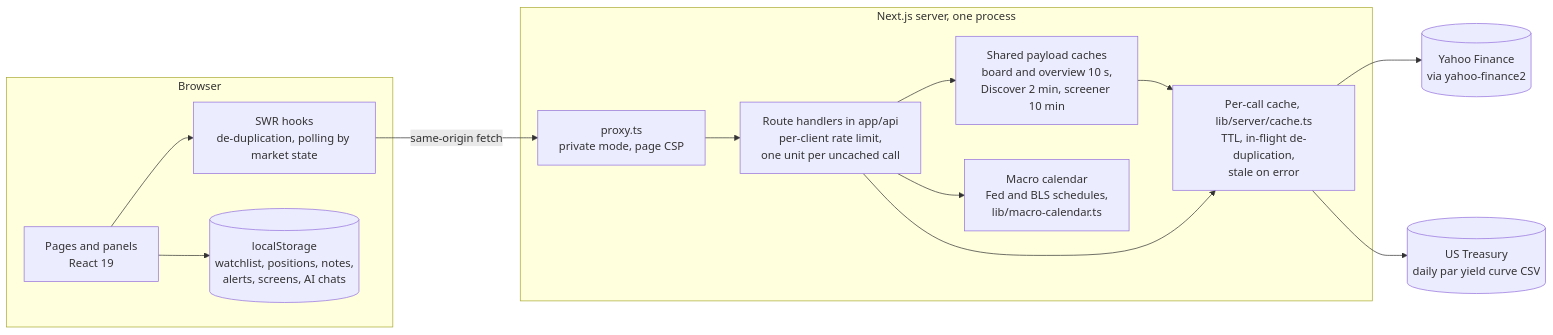
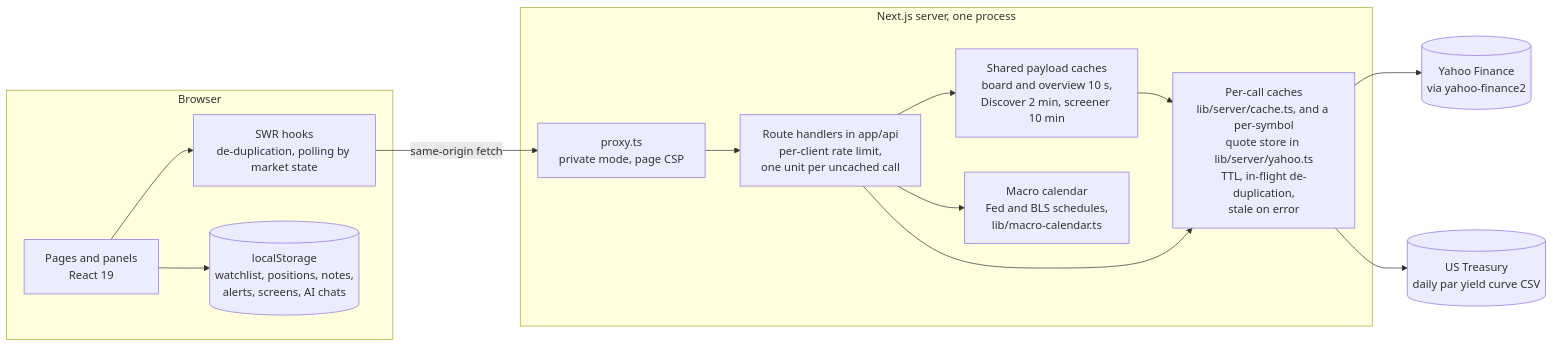
The first of 3 diagrams in README.md (DestRoyOvO/invest-app), drawn with Mermaid before and after one commit. The commit also changed other lines of this file and 2 other files, not shown here.

````diff
--- a/README.md
+++ b/README.md
@@ -143,27 +143,27 @@
 ```mermaid
 flowchart LR
   subgraph browser["Browser"]
     pages["Pages and panels<br/>React 19"]
     swr["SWR hooks<br/>de-duplication, polling by market state"]
     local[("localStorage<br/>watchlist, positions, notes,<br/>alerts, screens, AI chats")]
     pages --> swr
     pages --> local
   end
   subgraph server["Next.js server, one process"]
     proxy["proxy.ts<br/>private mode, page CSP"]
     routes["Route handlers in app/api<br/>per-client rate limit,<br/>one unit per uncached call"]
     payloads["Shared payload caches<br/>board and overview 10 s,<br/>Discover 2 min, screener 10 min"]
-    calls["Per-call cache, lib/server/cache.ts<br/>TTL, in-flight de-duplication,<br/>stale on error"]
+    calls["Per-call caches<br/>lib/server/cache.ts, and a per-symbol<br/>quote store in lib/server/yahoo.ts<br/>TTL, in-flight de-duplication,<br/>stale on error"]
     macro["Macro calendar<br/>Fed and BLS schedules,<br/>lib/macro-calendar.ts"]
   end
   yahoo[("Yahoo Finance<br/>via yahoo-finance2")]
   treasury[("US Treasury<br/>daily par yield curve CSV")]
   swr -- "same-origin fetch" --> proxy
   proxy --> routes
   routes --> payloads
   payloads --> calls
   routes --> calls
   routes --> macro
   calls --> yahoo
   calls --> treasury
 ```
````
